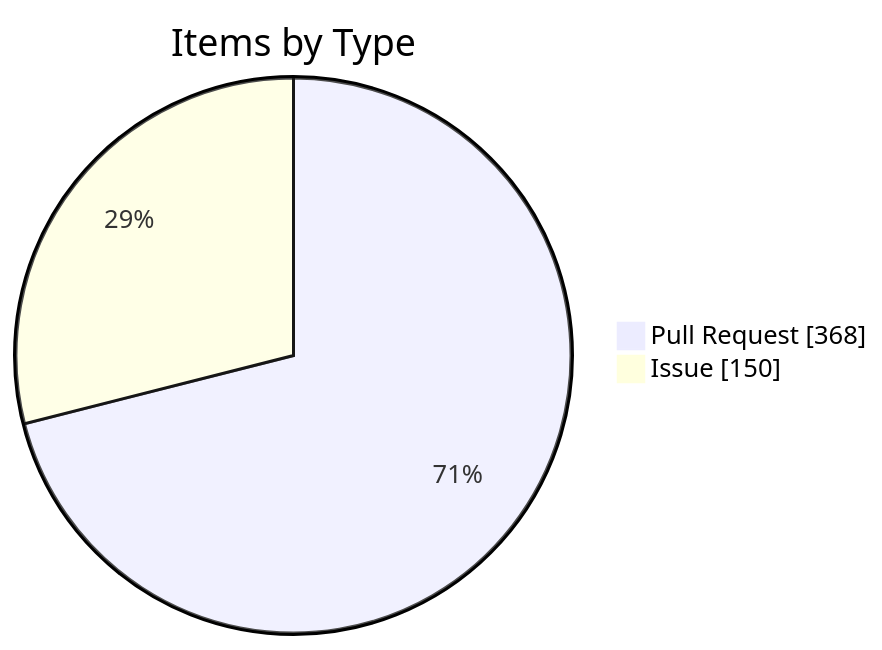
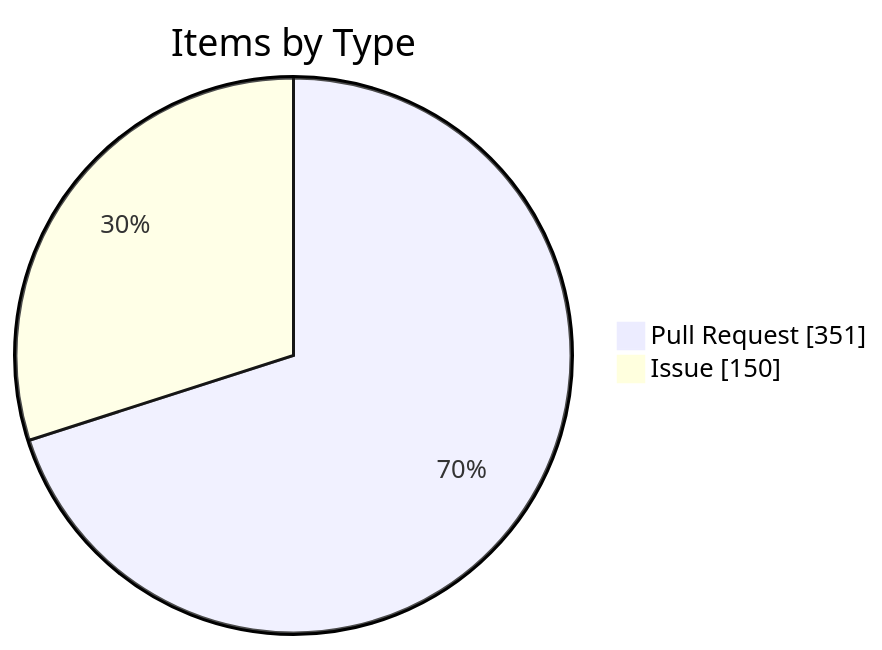
One commit to KBVE/kbve changed the fourth of 4 diagrams in apps/kbve/astro-kbve/src/content/docs/dashboard/kanban-data.mdx. Above: the diagram before and after it, drawn with Mermaid. The commit also changed other lines of this file and 8 other files, not shown here.

````diff
--- a/apps/kbve/astro-kbve/src/content/docs/dashboard/kanban-data.mdx
+++ b/apps/kbve/astro-kbve/src/content/docs/dashboard/kanban-data.mdx
@@ -116,6 +116,6 @@
 ```mermaid
 pie showData
     title Items by Type
-    "Pull Request" : 368
+    "Pull Request" : 351
     "Issue" : 150
 ```
````
